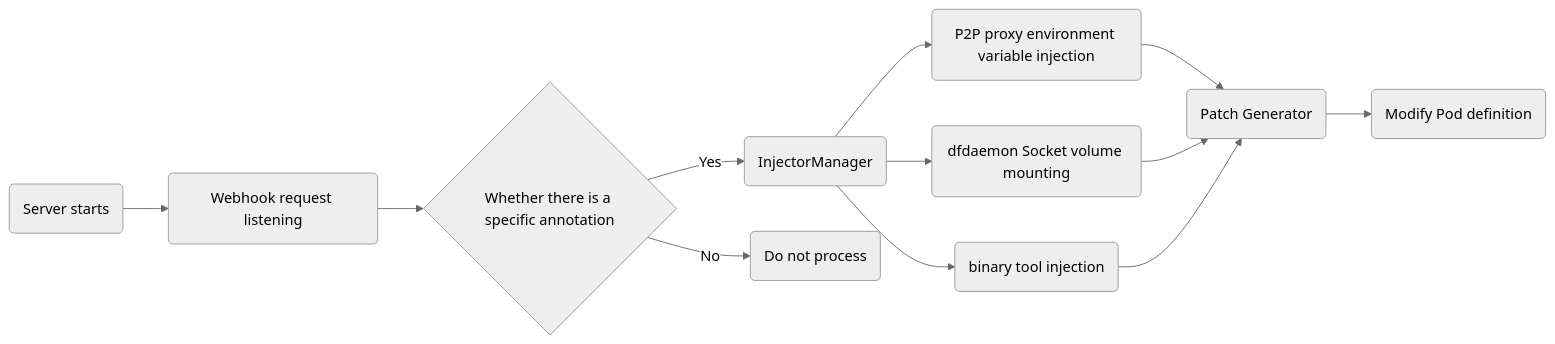
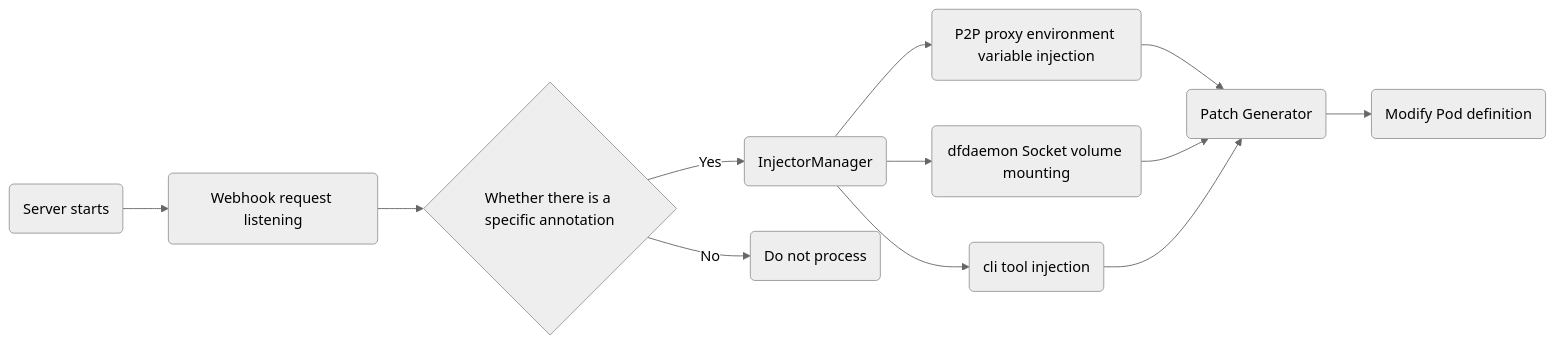
The diagram in systems-analysis/webhook-based-automated-p2p-client-injection/README.md (dragonflyoss/design), drawn with Mermaid (neutral theme) before and after one commit. The commit also changed other lines of this file, not shown here.

Commit message:
Update the injection annotation and simplify the method for injecting CLI tools.

````diff
--- a/systems-analysis/webhook-based-automated-p2p-client-injection/README.md
+++ b/systems-analysis/webhook-based-automated-p2p-client-injection/README.md
@@ -31,15 +31,15 @@
 ```mermaid
 graph LR
     B(Server starts)
     B --> C(Webhook request listening)
     C --> D{Whether there is a specific annotation}
     D -->|Yes| E(InjectorManager)
     D -->|No| F(Do not process)
     E --> E1(P2P proxy environment variable injection)
     E --> E2(dfdaemon Socket volume mounting)
-    E --> E3(binary tool injection)
+    E --> E3(cli tool injection)
     E1 --> H(Patch Generator)
     E2 --> H
     E3 --> H
     H --> K(Modify Pod definition)
 ```
````
